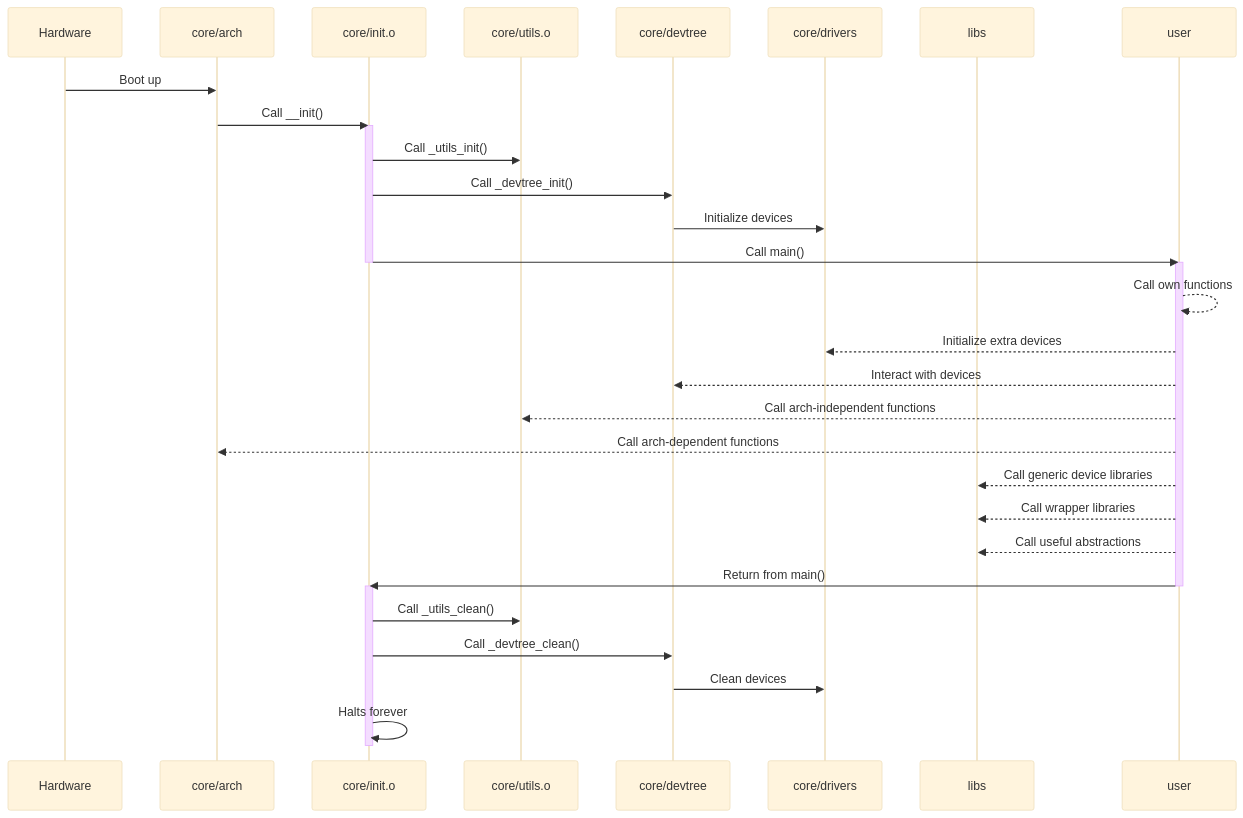
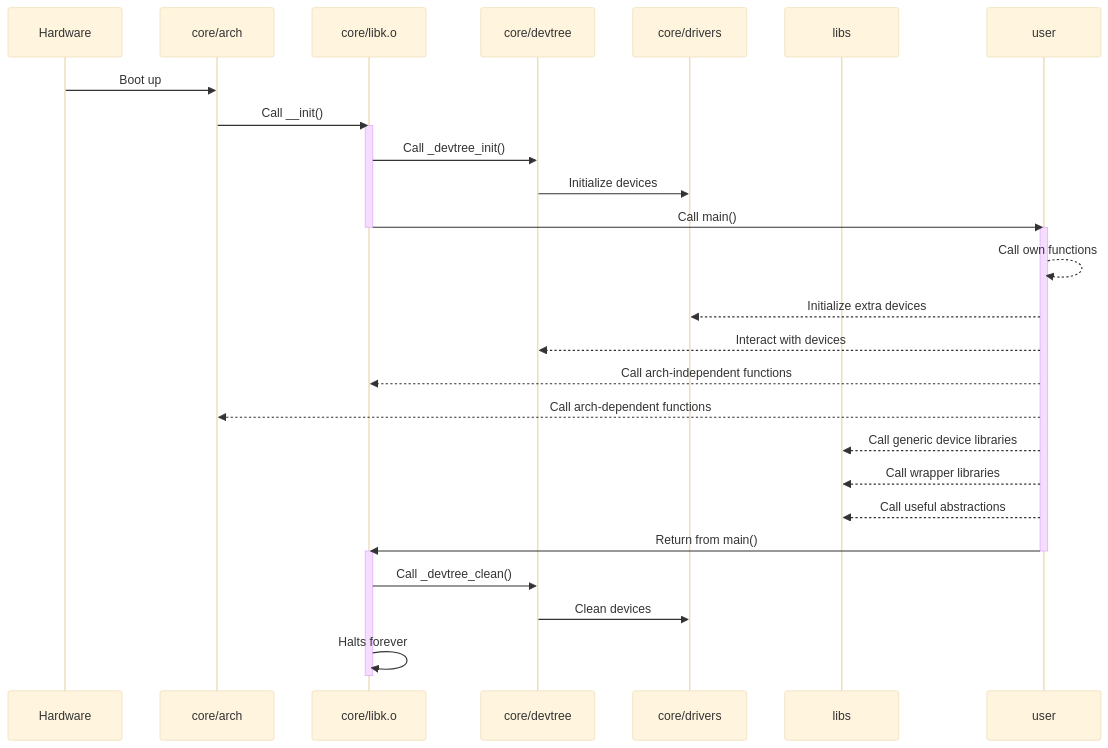
One commit to reshsix/vermillion changed the diagram in README.md. Above: the diagram before and after it, drawn with Mermaid (base theme). The commit also changed other lines of this file and 4 other files, not shown here.

Commit message:
Merged init.c and utils.c as libk.c

````diff
--- a/README.md
+++ b/README.md
@@ -74,36 +74,33 @@
 ```mermaid
 sequenceDiagram
     participant Hardware
     participant core/arch
-    participant core/init.o
-    participant core/utils.o
+    participant core/libk.o
     participant core/devtree
     participant core/drivers
     participant libs
     participant user
     Hardware->>core/arch: Boot up
-    core/arch->>core/init.o: Call __init()
-    activate core/init.o
-    core/init.o->>core/utils.o: Call _utils_init()
-    core/init.o->>core/devtree: Call _devtree_init()
+    core/arch->>core/libk.o: Call __init()
+    activate core/libk.o
+    core/libk.o->>core/devtree: Call _devtree_init()
     core/devtree->>core/drivers: Initialize devices
-    core/init.o->>user: Call main()
-    deactivate core/init.o
+    core/libk.o->>user: Call main()
+    deactivate core/libk.o
     activate user
     user-->>user: Call own functions
     user-->>core/drivers: Initialize extra devices
     user-->>core/devtree: Interact with devices
-    user-->>core/utils.o: Call arch-independent functions
+    user-->>core/libk.o: Call arch-independent functions
     user-->>core/arch: Call arch-dependent functions
     user-->>libs: Call generic device libraries
     user-->>libs: Call wrapper libraries
     user-->>libs: Call useful abstractions
-    user->>core/init.o: Return from main()
+    user->>core/libk.o: Return from main()
     deactivate user
-    activate core/init.o
-    core/init.o->>core/utils.o: Call _utils_clean()
-    core/init.o->>core/devtree: Call _devtree_clean()
+    activate core/libk.o
+    core/libk.o->>core/devtree: Call _devtree_clean()
     core/devtree->>core/drivers: Clean devices
-    core/init.o->>core/init.o: Halts forever
-    deactivate core/init.o
+    core/libk.o->>core/libk.o: Halts forever
+    deactivate core/libk.o
 ```
````
